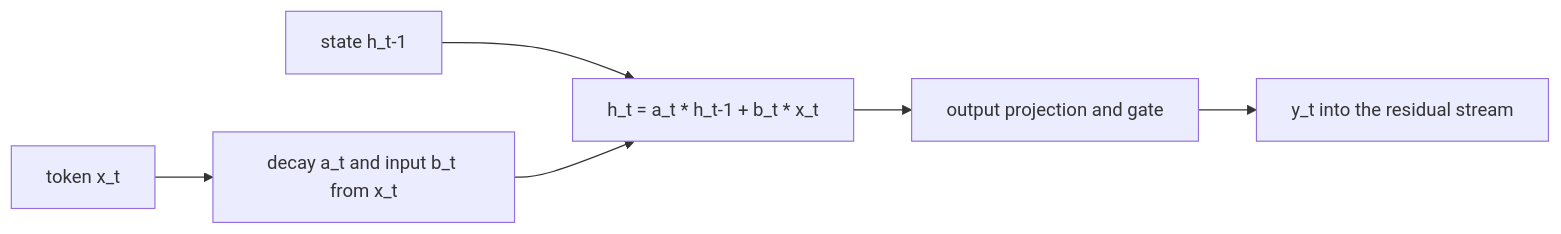
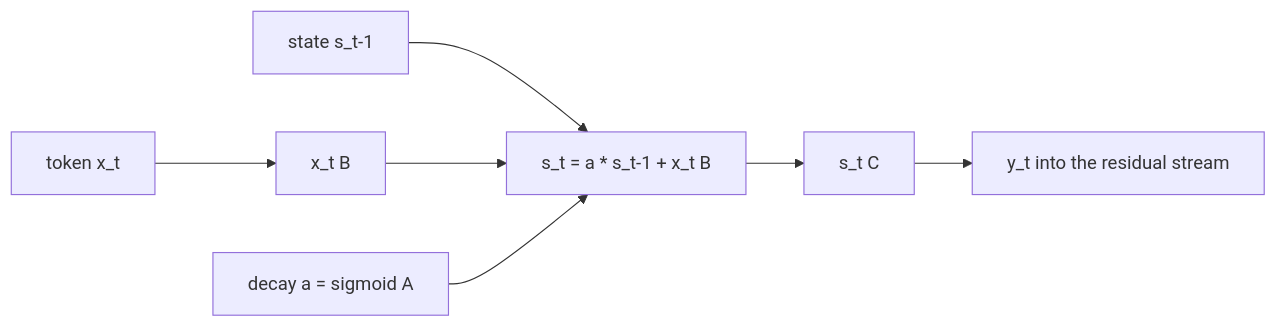
One commit to sw-ml-study/moe-microscope changed the diagram in docs/concepts/state-space.md. Above: the diagram before and after it, drawn with Mermaid. The commit also changed other lines of this file and 50 other files, not shown here.

````diff
--- a/docs/concepts/state-space.md
+++ b/docs/concepts/state-space.md
@@ -17,8 +17,9 @@
 ```mermaid
 flowchart LR
-  x[token x_t] --> g[decay a_t and input b_t from x_t]
-  h0[state h_t-1] --> u[h_t = a_t * h_t-1 + b_t * x_t]
-  g --> u
-  u --> o[output projection and gate]
+  x[token x_t] --> b[x_t B]
+  h0[state s_t-1] --> u[s_t = a * s_t-1 + x_t B]
+  b --> u
+  a[decay a = sigmoid A] --> u
+  u --> o[s_t C]
   o --> y[y_t into the residual stream]
 ```
````
